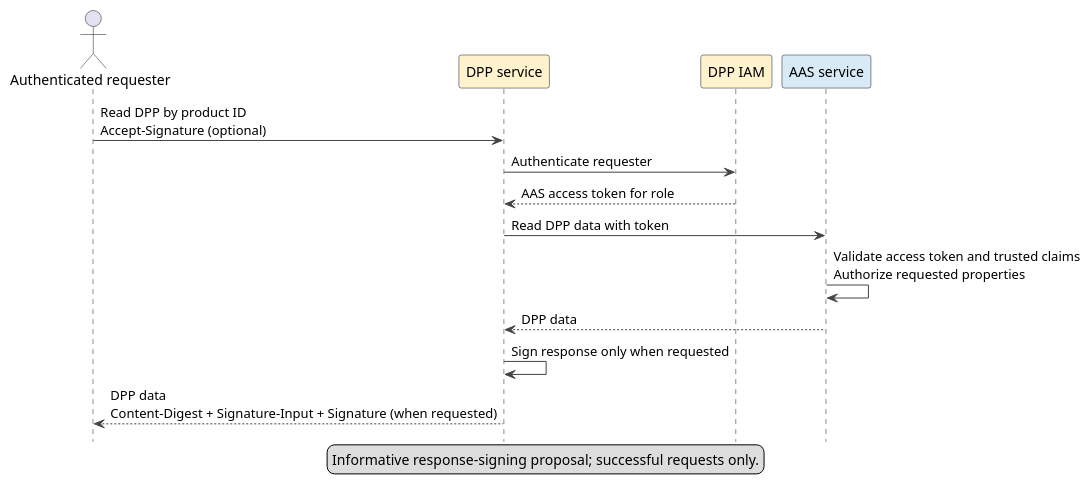
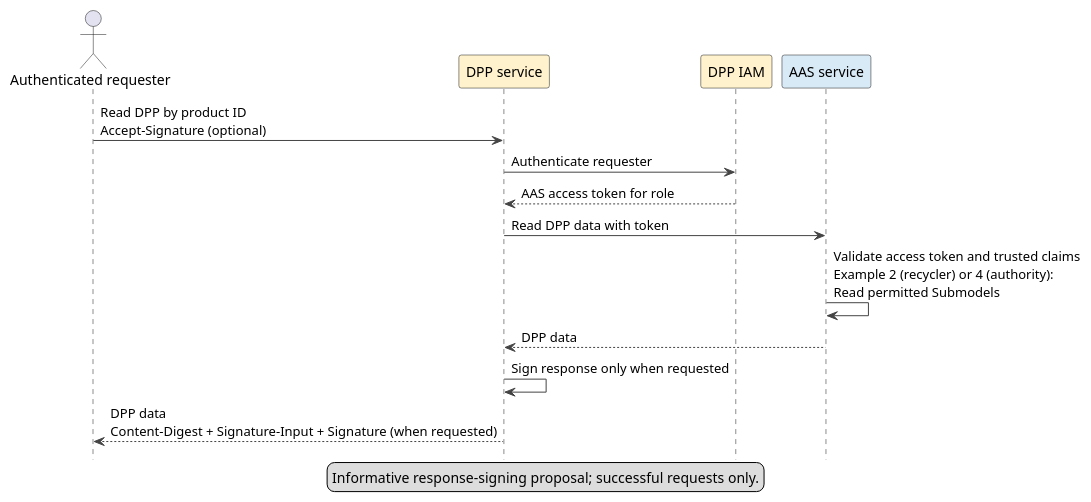
Before and after one commit to Martin187187/aas-specs-security: the diagram in documentation/IDTA-01004/modules/ROOT/partials/diagrams/dpp-authenticated-read.puml, drawn with PlantUML. The commit also changed 8 other files, not shown here.

```diff
--- a/documentation/IDTA-01004/modules/ROOT/partials/diagrams/dpp-authenticated-read.puml
+++ b/documentation/IDTA-01004/modules/ROOT/partials/diagrams/dpp-authenticated-read.puml
@@ -1,26 +1,26 @@
 @startuml
 ' Copyright (c) 2026 Industrial Digital Twin Association
 ' SPDX-License-Identifier: CC-BY-4.0
 
 skinparam shadowing false
 skinparam ArrowColor #444444
 hide footbox
 
 legend bottom
   Informative response-signing proposal; successful requests only.
 endlegend
 
 actor "Authenticated requester" as User
 participant "DPP service" as DPP #FFF2CC
 participant "DPP IAM" as IAM #FFF2CC
 participant "AAS service" as AAS #D9EAF7
 
 User -> DPP : Read DPP by product ID\nAccept-Signature (optional)
 DPP -> IAM : Authenticate requester
 IAM --> DPP : AAS access token for role
 DPP -> AAS : Read DPP data with token
-AAS -> AAS : Validate access token and trusted claims\nAuthorize requested properties
+AAS -> AAS : Validate access token and trusted claims\nExample 2 (recycler) or 4 (authority):\nRead permitted Submodels
 AAS --> DPP : DPP data
 DPP -> DPP : Sign response only when requested
 DPP --> User : DPP data\nContent-Digest + Signature-Input + Signature (when requested)
 @enduml
```
